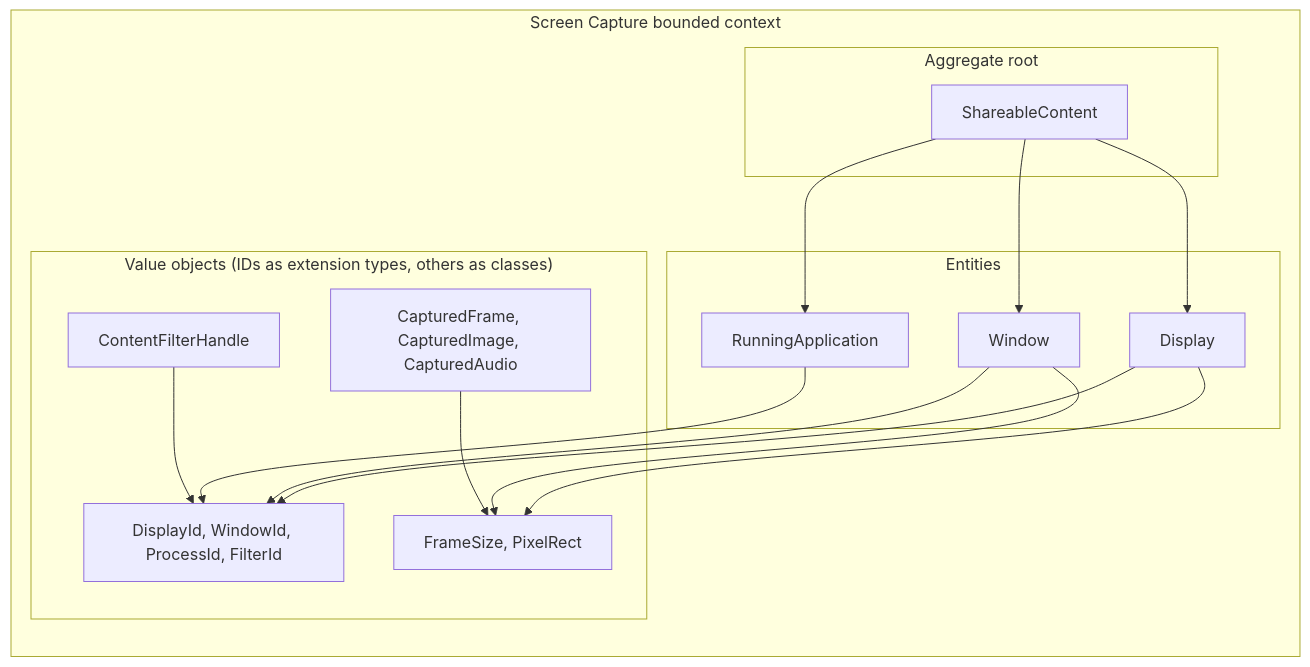
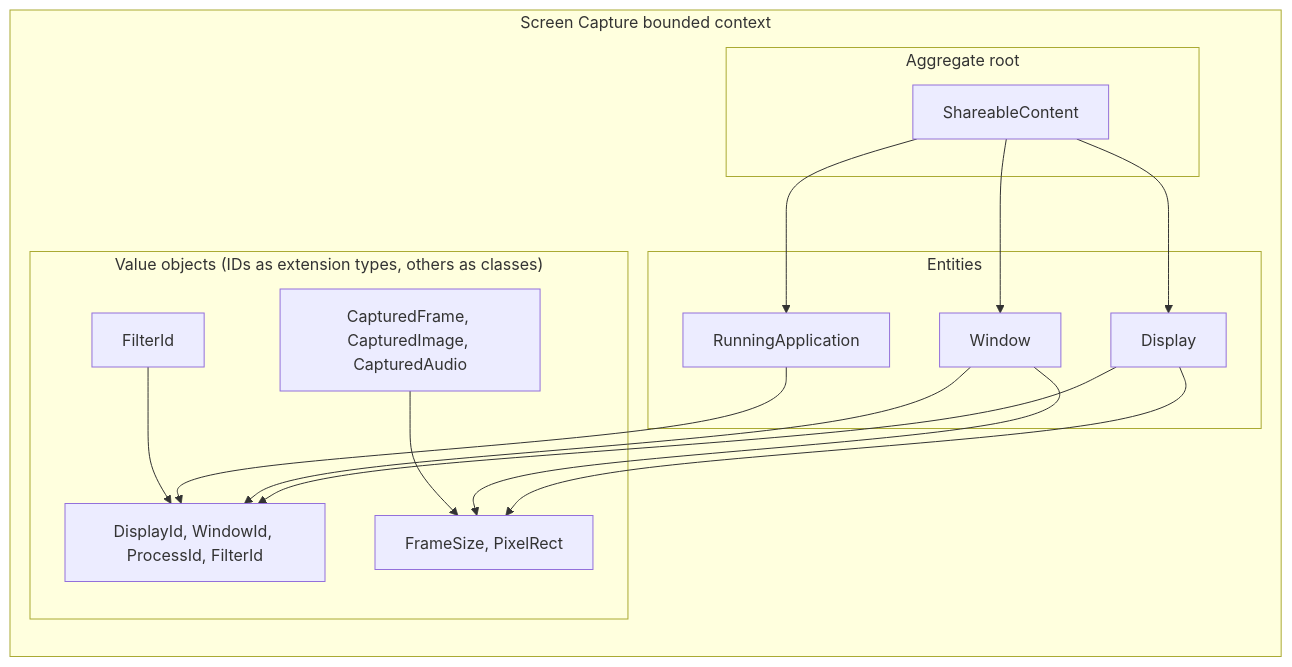
The fourth of 4 diagrams in .cursor/rules/architecture-ddd-layered.mdc (blendfactory/screen-capture-kit), drawn with Mermaid before and after one commit. The commit also changed other lines of this file and 12 other files, not shown here.

First line of the commit message:
refactor(api): remove ContentFilterHandle, use FilterId directly

````diff
--- a/.cursor/rules/architecture-ddd-layered.mdc
+++ b/.cursor/rules/architecture-ddd-layered.mdc
@@ -169,29 +168,29 @@
 ```mermaid
 flowchart LR
   subgraph BoundedContext["Screen Capture bounded context"]
     subgraph Aggregate["Aggregate root"]
       SC["ShareableContent"]
     end
     subgraph Entities["Entities"]
       D["Display"]
       W["Window"]
       RA["RunningApplication"]
     end
     subgraph VOs["Value objects (IDs as extension types, others as classes)"]
       ID["DisplayId, WindowId, ProcessId, FilterId"]
       GEO["FrameSize, PixelRect"]
       CAP["CapturedFrame, CapturedImage, CapturedAudio"]
-      FH["ContentFilterHandle"]
+      FH["FilterId"]
     end
   end
   SC --> D
   SC --> W
   SC --> RA
   D --> ID
   D --> GEO
   W --> ID
   W --> GEO
   RA --> ID
   CAP --> GEO
   FH --> ID
 ```
````
